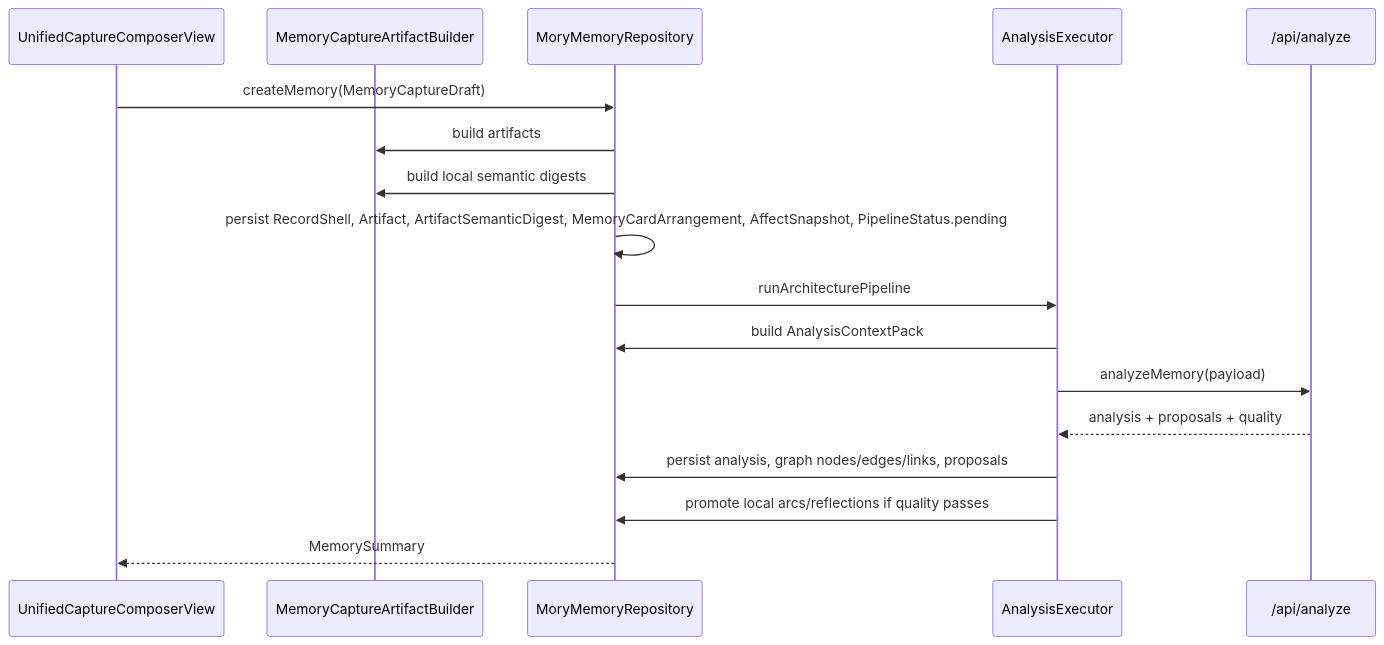
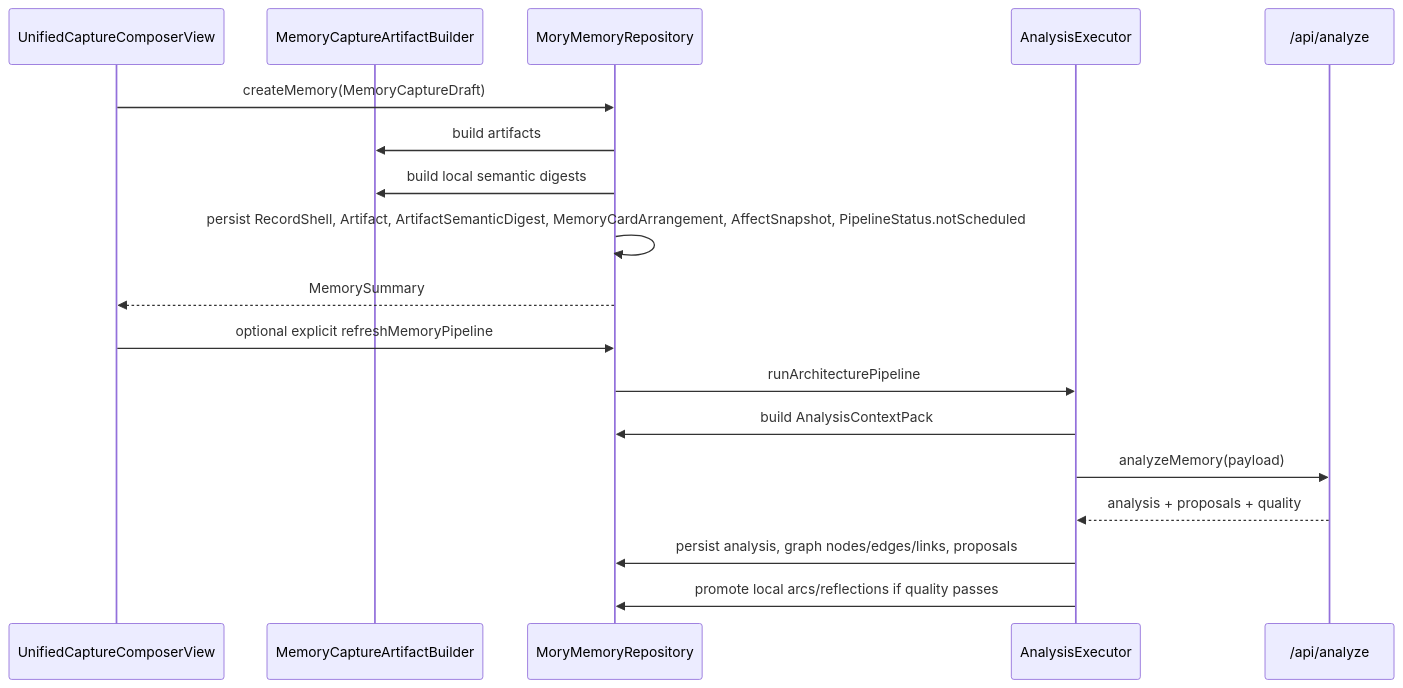
The third of 8 diagrams in docs/mory_architecture_handbook_2026_05/01_system_overview_and_runtime_flows.md (daaihang/sprout), drawn with Mermaid before and after one commit. The commit also changed other lines of this file and 8 other files, not shown here.

````diff
--- a/docs/mory_architecture_handbook_2026_05/01_system_overview_and_runtime_flows.md
+++ b/docs/mory_architecture_handbook_2026_05/01_system_overview_and_runtime_flows.md
@@ -74,20 +74,21 @@
 ```mermaid
 sequenceDiagram
     participant UI as UnifiedCaptureComposerView
     participant Builder as MemoryCaptureArtifactBuilder
     participant Repo as MoryMemoryRepository
     participant Pipe as AnalysisExecutor
     participant Server as /api/analyze
 
     UI->>Repo: createMemory(MemoryCaptureDraft)
     Repo->>Builder: build artifacts
     Repo->>Builder: build local semantic digests
-    Repo->>Repo: persist RecordShell, Artifact, ArtifactSemanticDigest, MemoryCardArrangement, AffectSnapshot, PipelineStatus.pending
+    Repo->>Repo: persist RecordShell, Artifact, ArtifactSemanticDigest, MemoryCardArrangement, AffectSnapshot, PipelineStatus.notScheduled
+    Repo-->>UI: MemorySummary
+    UI->>Repo: optional explicit refreshMemoryPipeline
     Repo->>Pipe: runArchitecturePipeline
     Pipe->>Repo: build AnalysisContextPack
     Pipe->>Server: analyzeMemory(payload)
     Server-->>Pipe: analysis + proposals + quality
     Pipe->>Repo: persist analysis, graph nodes/edges/links, proposals
     Pipe->>Repo: promote local arcs/reflections if quality passes
-    Repo-->>UI: MemorySummary
 ```
````
